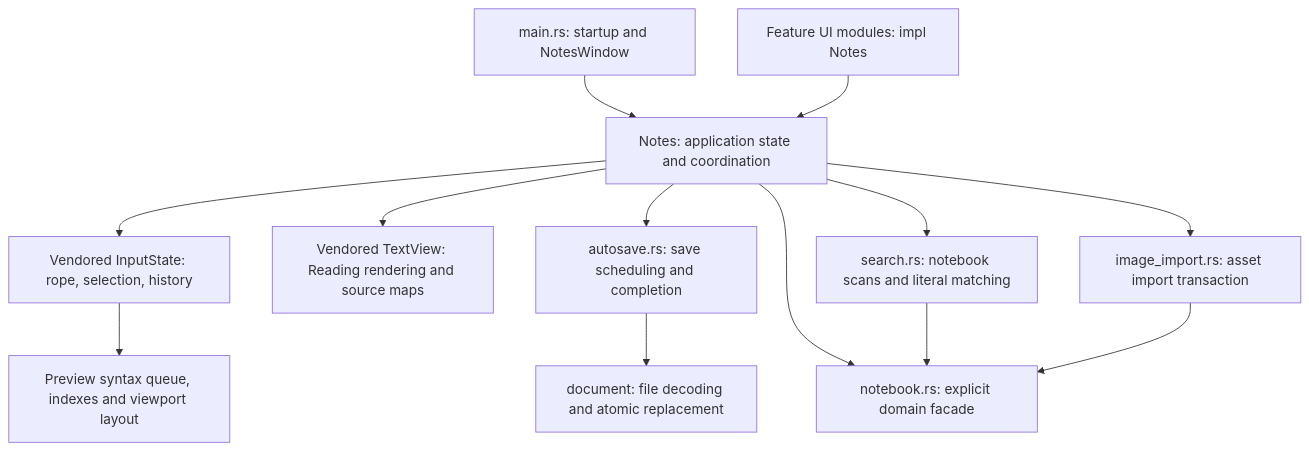
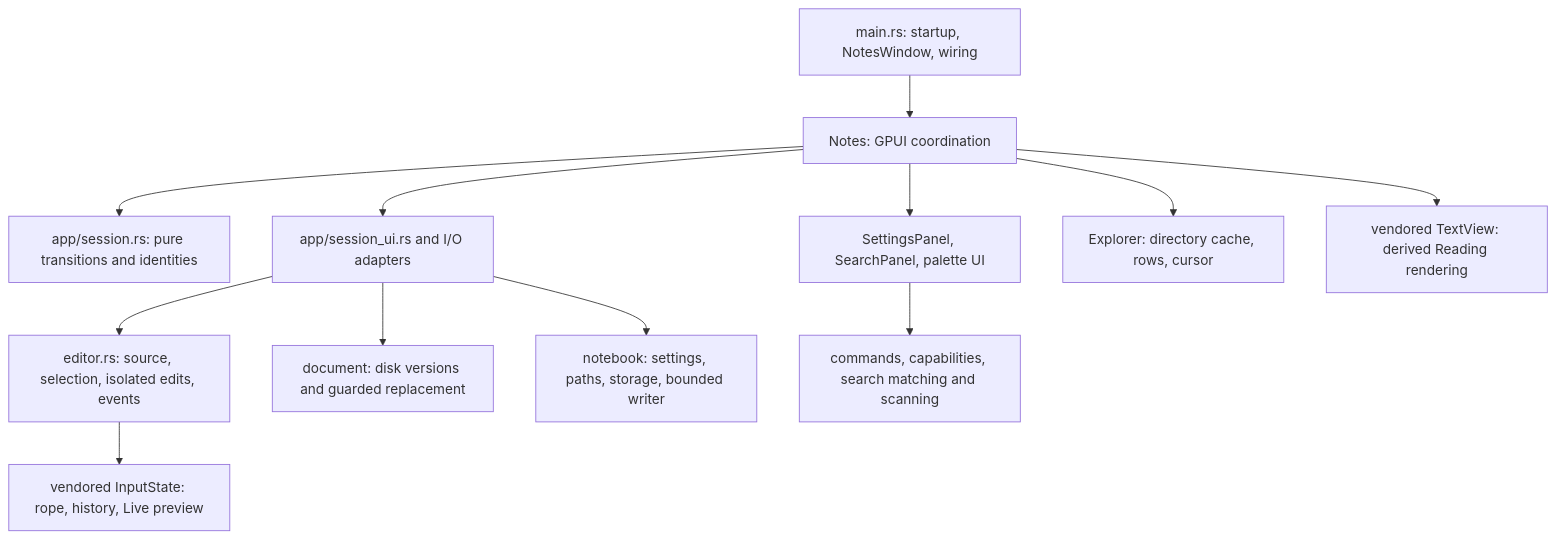
The diagram in ARCHITECTURE.md (travisluong/markdown-note), drawn with Mermaid before and after one commit. The commit also changed other lines of this file and 3 other files, not shown here.

Commit message:
Document completed architecture and cross-platform verification

````diff
--- a/ARCHITECTURE.md
+++ b/ARCHITECTURE.md
@@ -17,15 +15,14 @@
 ```mermaid
 flowchart TD
-    Main[main.rs: startup and NotesWindow] --> Notes[Notes: application state and coordination]
-    Views[Feature UI modules: impl Notes] --> Notes
-    Notes --> Editor[Vendored InputState: rope, selection, history]
-    Notes --> Reading[Vendored TextView: Reading rendering and source maps]
-    Notes --> Saves[autosave.rs: save scheduling and completion]
-    Saves --> FileIO[document: file decoding and atomic replacement]
-    Notes --> Notebook[notebook.rs: explicit domain facade]
-    Notes --> Search[search.rs: notebook scans and literal matching]
-    Notes --> Imports[image_import.rs: asset import transaction]
-    Search --> Notebook
-    Imports --> Notebook
-    Editor --> Preview[Preview syntax queue, indexes and viewport layout]
+    Shell[main.rs: startup, NotesWindow, wiring] --> App[Notes: GPUI coordination]
+    App --> Session[app/session.rs: pure transitions and identities]
+    App --> Effects[app/session_ui.rs and I/O adapters]
+    Effects --> Editor[editor.rs: source, selection, isolated edits, events]
+    Editor --> Vendor[vendored InputState: rope, history, Live preview]
+    Effects --> Storage[document: disk versions and guarded replacement]
+    Effects --> Notebook[notebook: settings, paths, storage, bounded writer]
+    App --> Panels[SettingsPanel, SearchPanel, palette UI]
+    App --> Explorer[Explorer: directory cache, rows, cursor]
+    Panels --> Policies[commands, capabilities, search matching and scanning]
+    App --> Reading[vendored TextView: derived Reading rendering]
 ```
````
